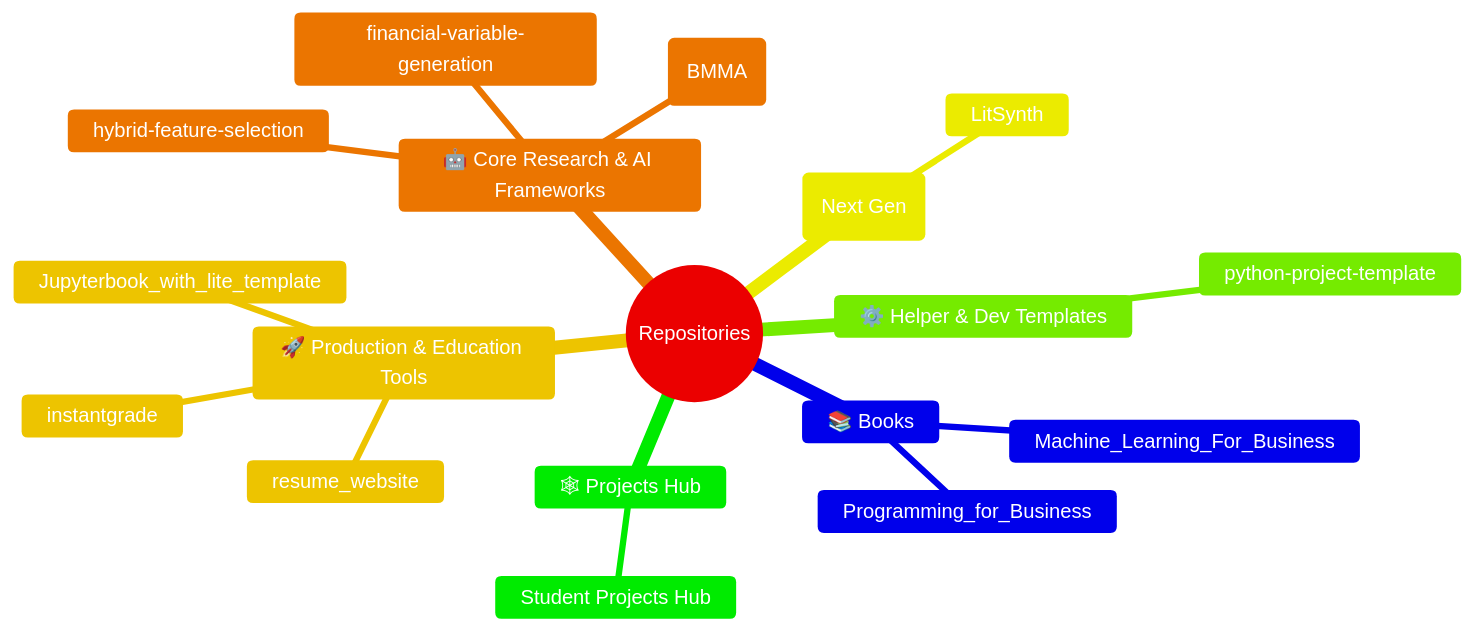
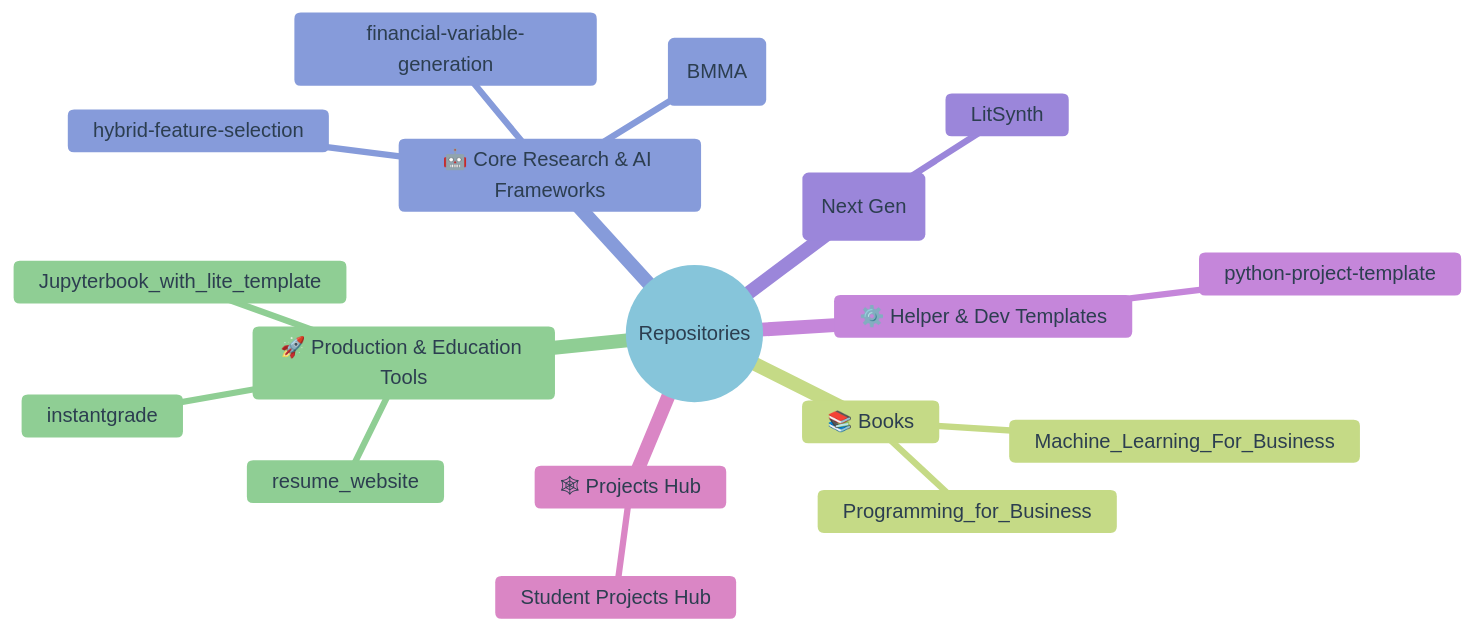
Before and after one commit to chandraveshchaudhari/chandraveshchaudhari: the diagram in README.md, drawn with Mermaid.

Commit message:
color change

`````diff
--- a/README.md
+++ b/README.md
@@ -23,22 +23,22 @@
 ```mermaid
-%%{init: {"theme": "base", "themeVariables": {"primaryTextColor": "#ffffff", "primaryColor": "#FF6B6B", "primaryBorderColor": "#FF6B6B", "lineColor": "#FF6B6B", "secondBkgColor": "#4ECDC4", "secondTextColor": "#ffffff", "tertiaryColor": "#FFE66D", "tertiaryTextColor": "#000000", "tertiaryBorderColor": "#FFE66D"}}}%%
+%%{init: {"theme": "base", "themeVariables": {"primaryTextColor": "#2C3E50", "primaryColor": "#E8F4F8", "primaryBorderColor": "#3498DB", "lineColor": "#3498DB", "secondBkgColor": "#FCE4D6", "secondTextColor": "#C0392B", "tertiaryColor": "#E8F5E9", "tertiaryTextColor": "#1B5E20", "tertiaryBorderColor": "#66BB6A"}}}%%
 mindmap
   root((Repositories))
     📚 Books
       Programming_for_Business
       Machine_Learning_For_Business
     🚀 Production & Education Tools
       instantgrade
       Jupyterbook_with_lite_template
       resume_website
     🤖 Core Research & AI Frameworks
       brain-ai (BMMA)
       hybrid-feature-selection
       financial-variable-generation
     📖 Literature-Automation (Next Gen)
       LitSynth
     ⚙️ Helper & Dev Templates
       python-project-template
     🕸 Projects Hub
       Student Projects Hub
 ````
`````
